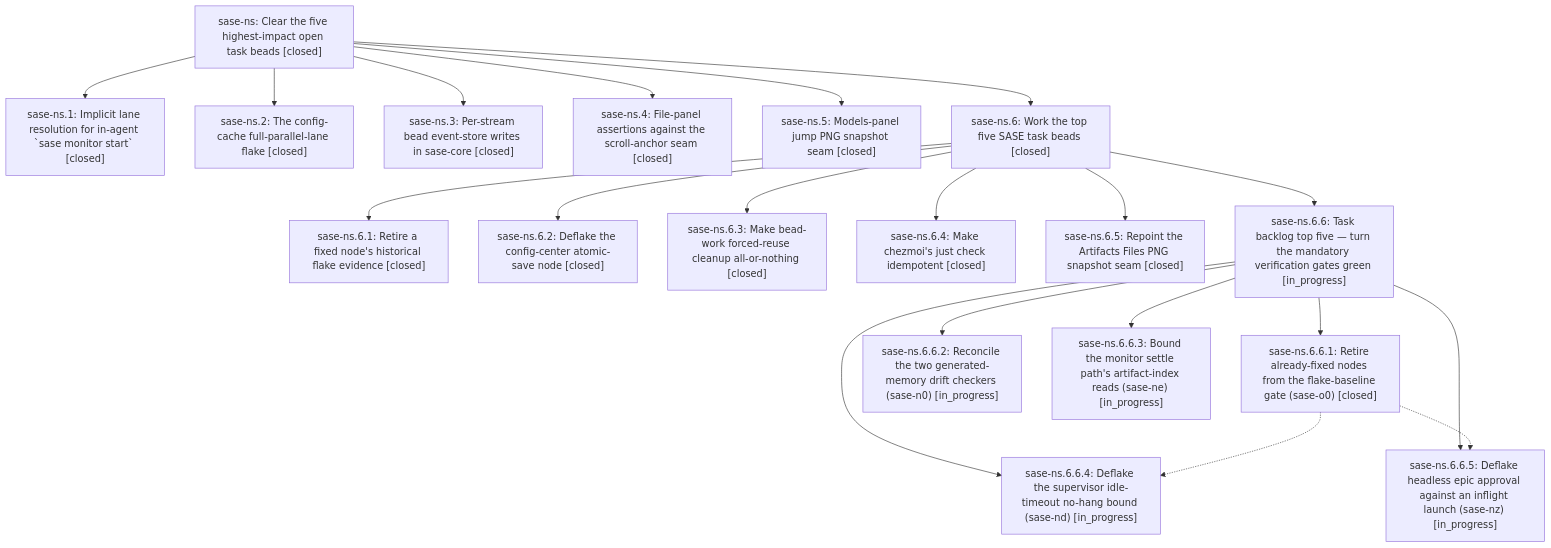
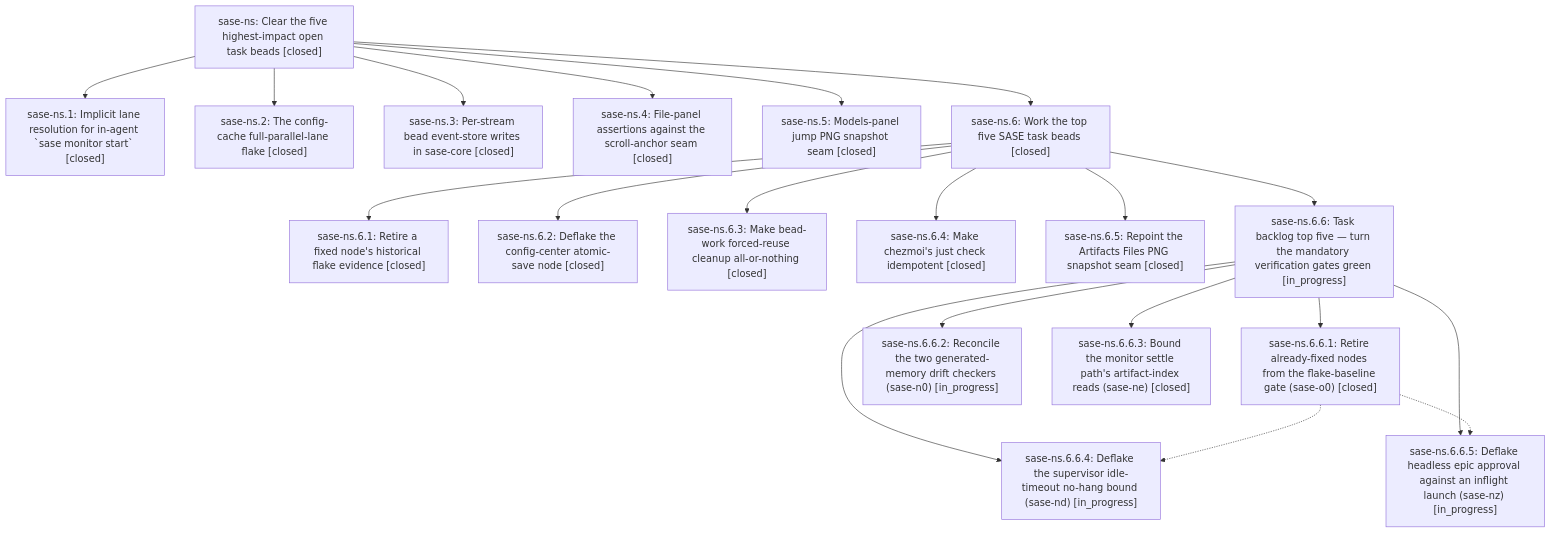
One commit to sase-org/sase--beads changed the diagram in pages/sase-ns/README.md. Above: the diagram before and after it, drawn with Mermaid. The commit also changed other lines of this file and 1 other file, not shown here.

First line of the commit message:
chore(beads): sync bead state and pages for sase-ns

````diff
--- a/pages/sase-ns/README.md
+++ b/pages/sase-ns/README.md
@@ -70,40 +70,40 @@
 ```mermaid
 flowchart TD
     n0["sase-ns: Clear the five highest-impact open task beads [closed]"]
     n1["sase-ns.1: Implicit lane resolution for in-agent `sase monitor start` [closed]"]
     n2["sase-ns.2: The config-cache full-parallel-lane flake [closed]"]
     n3["sase-ns.3: Per-stream bead event-store writes in sase-core [closed]"]
     n4["sase-ns.4: File-panel assertions against the scroll-anchor seam [closed]"]
     n5["sase-ns.5: Models-panel jump PNG snapshot seam [closed]"]
     n6["sase-ns.6: Work the top five SASE task beads [closed]"]
     n7["sase-ns.6.1: Retire a fixed node's historical flake evidence [closed]"]
     n8["sase-ns.6.2: Deflake the config-center atomic-save node [closed]"]
     n9["sase-ns.6.3: Make bead-work forced-reuse cleanup all-or-nothing [closed]"]
     n10["sase-ns.6.4: Make chezmoi's just check idempotent [closed]"]
     n11["sase-ns.6.5: Repoint the Artifacts Files PNG snapshot seam [closed]"]
     n12["sase-ns.6.6: Task backlog top five — turn the mandatory verification gates green [in_progress]"]
     n13["sase-ns.6.6.1: Retire already-fixed nodes from the flake-baseline gate (sase-o0) [closed]"]
     n14["sase-ns.6.6.2: Reconcile the two generated-memory drift checkers (sase-n0) [in_progress]"]
-    n15["sase-ns.6.6.3: Bound the monitor settle path's artifact-index reads (sase-ne) [in_progress]"]
+    n15["sase-ns.6.6.3: Bound the monitor settle path's artifact-index reads (sase-ne) [closed]"]
     n16["sase-ns.6.6.4: Deflake the supervisor idle-timeout no-hang bound (sase-nd) [in_progress]"]
     n17["sase-ns.6.6.5: Deflake headless epic approval against an inflight launch (sase-nz) [in_progress]"]
     n0 --> n1
     n0 --> n2
     n0 --> n3
     n0 --> n4
     n0 --> n5
     n0 --> n6
     n6 --> n7
     n6 --> n8
     n6 --> n9
     n6 --> n10
     n6 --> n11
     n6 --> n12
     n12 --> n13
     n12 --> n14
     n12 --> n15
     n12 --> n16
     n12 --> n17
     n13 -.-> n16
     n13 -.-> n17
 ```
````
